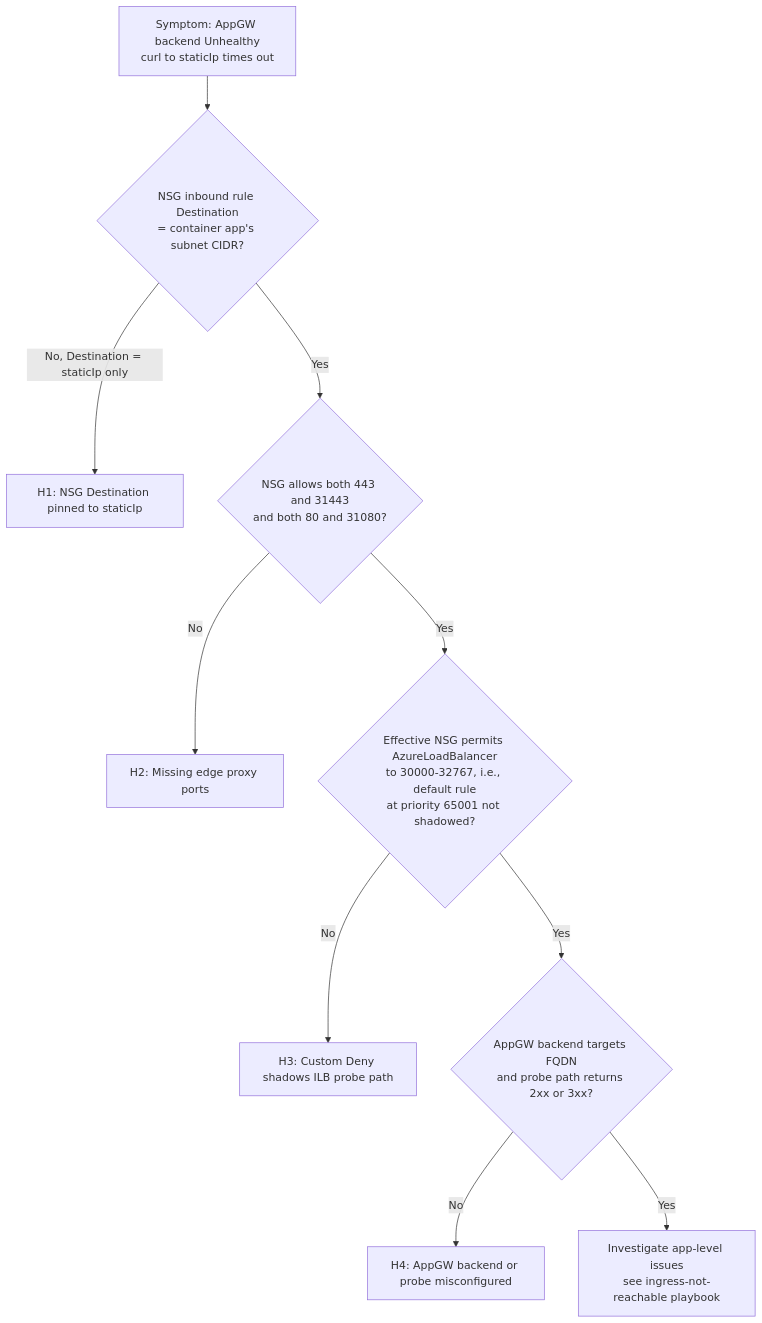
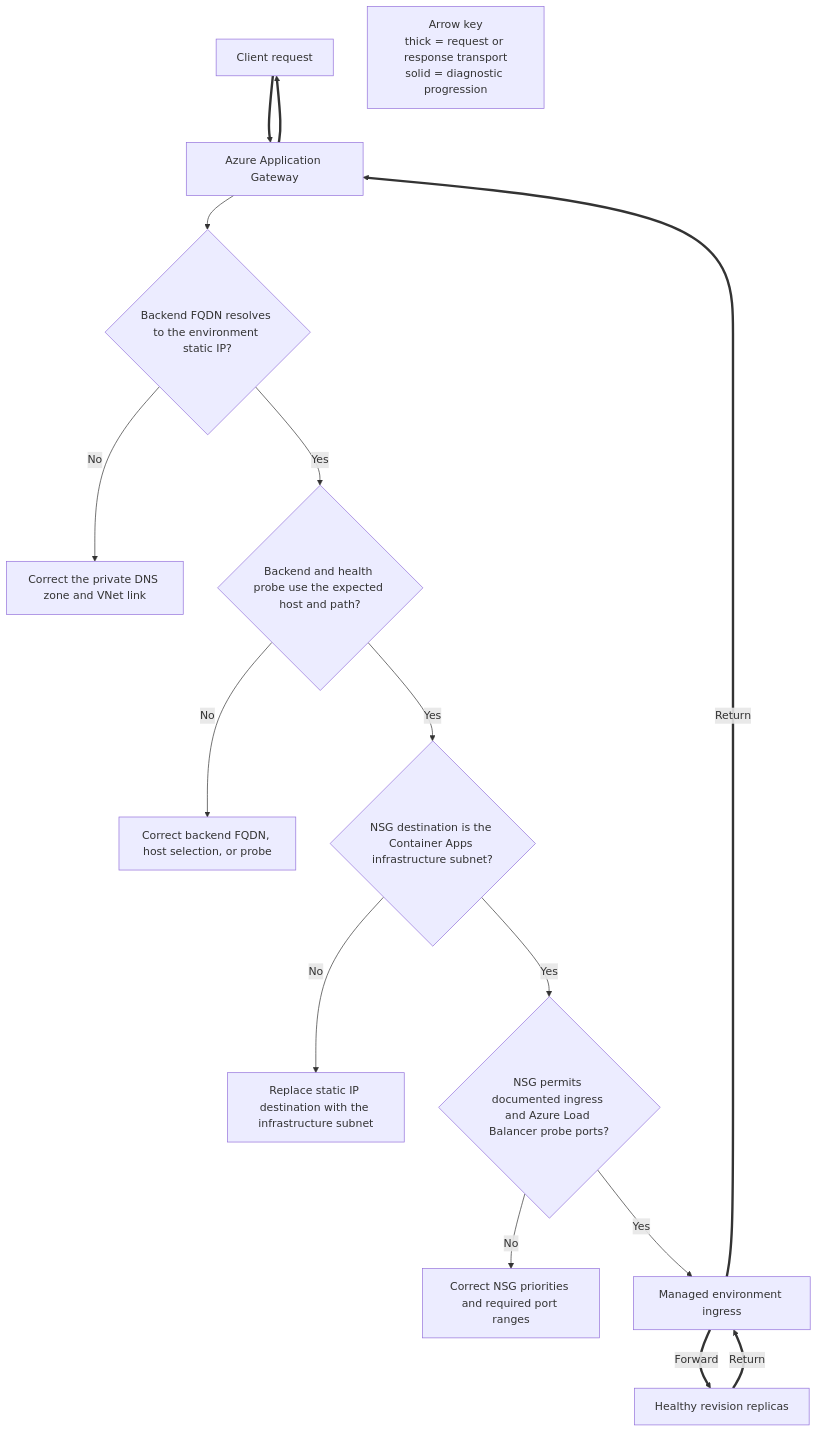
The diagram in docs/troubleshooting/playbooks/ingress-and-networking/appgw-to-internal-aca-nsg-destination.md (yeongseon/azure-container-apps-practical-guide), drawn with Mermaid before and after one commit. The commit also changed other lines of this file and 23 other files, not shown here.

First line of the commit message:
docs(diagrams): migrate troubleshooting playbook diagrams (#626)

````diff
--- a/docs/troubleshooting/playbooks/ingress-and-networking/appgw-to-internal-aca-nsg-destination.md
+++ b/docs/troubleshooting/playbooks/ingress-and-networking/appgw-to-internal-aca-nsg-destination.md
@@ -50,12 +50,35 @@
 ```mermaid
 flowchart TD
-    A[Symptom: AppGW backend Unhealthy<br/>curl to staticIp times out] --> B{NSG inbound rule Destination<br/>= container app's subnet CIDR?}
-    B -->|No, Destination = staticIp only| H1[H1: NSG Destination pinned to staticIp]
-    B -->|Yes| C{NSG allows both 443 and 31443<br/>and both 80 and 31080?}
-    C -->|No| H2[H2: Missing edge proxy ports]
-    C -->|Yes| D{Effective NSG permits AzureLoadBalancer<br/>to 30000-32767, i.e., default rule<br/>at priority 65001 not shadowed?}
-    D -->|No| H3[H3: Custom Deny shadows ILB probe path]
-    D -->|Yes| E{AppGW backend targets FQDN<br/>and probe path returns 2xx or 3xx?}
-    E -->|No| H4[H4: AppGW backend or probe misconfigured]
-    E -->|Yes| F[Investigate app-level issues<br/>see ingress-not-reachable playbook]
+    accTitle: Diagnose Application Gateway access to an internal Container Apps environment
+    accDescr: Check private DNS, Application Gateway backend and probe settings, then the documented subnet NSG destination and edge-proxy and load-balancer probe ports.
+
+    CLIENT[Client request]
+    APPGW[Azure Application Gateway]
+    DNS{Backend FQDN resolves to the environment static IP?}
+    PROBE{Backend and health probe use the expected host and path?}
+    DEST{NSG destination is the Container Apps infrastructure subnet?}
+    PORTS{NSG permits documented ingress and Azure Load Balancer probe ports?}
+    INGRESS[Managed environment ingress]
+    REVISION[Healthy revision replicas]
+    DNS_FIX[Correct the private DNS zone and VNet link]
+    APPGW_FIX[Correct backend FQDN, host selection, or probe]
+    DEST_FIX[Replace static IP destination with the infrastructure subnet]
+    PORT_FIX[Correct NSG priorities and required port ranges]
+
+    CLIENT ==> APPGW
+    APPGW --> DNS
+    DNS -->|No| DNS_FIX
+    DNS -->|Yes| PROBE
+    PROBE -->|No| APPGW_FIX
+    PROBE -->|Yes| DEST
+    DEST -->|No| DEST_FIX
+    DEST -->|Yes| PORTS
+    PORTS -->|No| PORT_FIX
+    PORTS -->|Yes| INGRESS
+    INGRESS ==>|Forward| REVISION
+    REVISION ==>|Return| INGRESS
+    INGRESS ==>|Return| APPGW
+    APPGW ==> CLIENT
+
+    LEGEND["Arrow key<br/>thick = request or response transport<br/>solid = diagnostic progression"]
 ```
````
